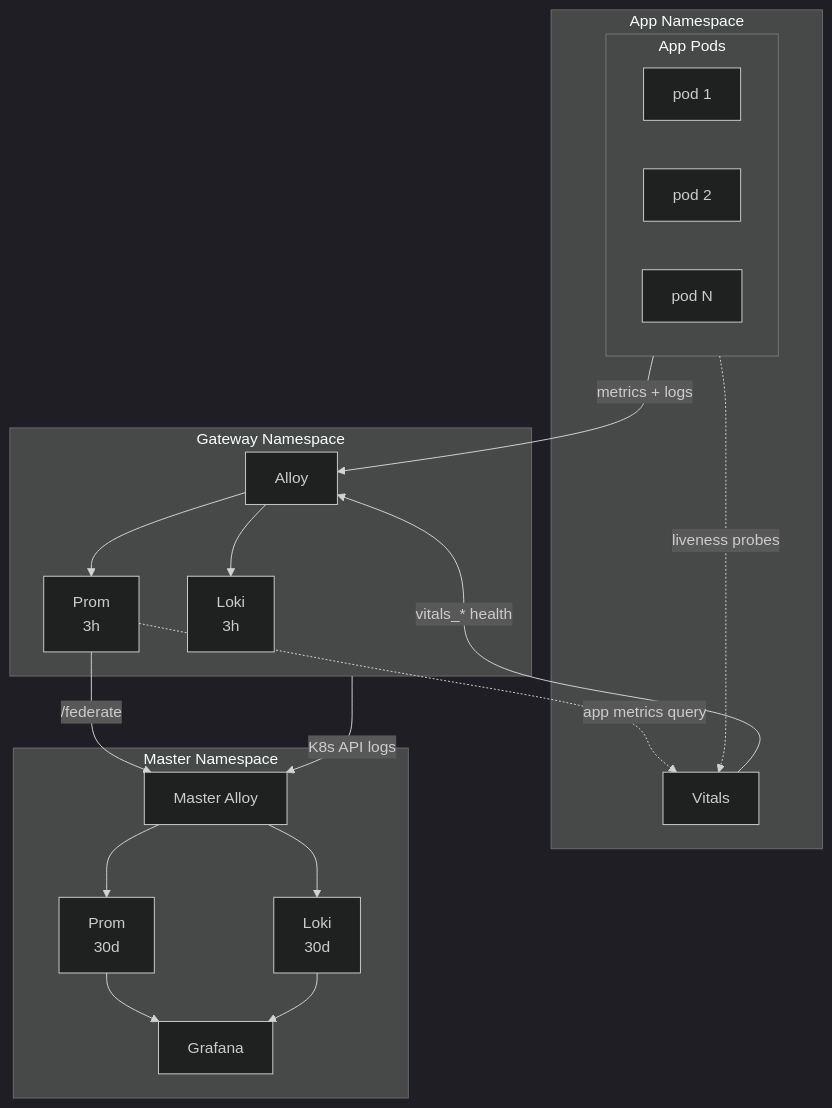
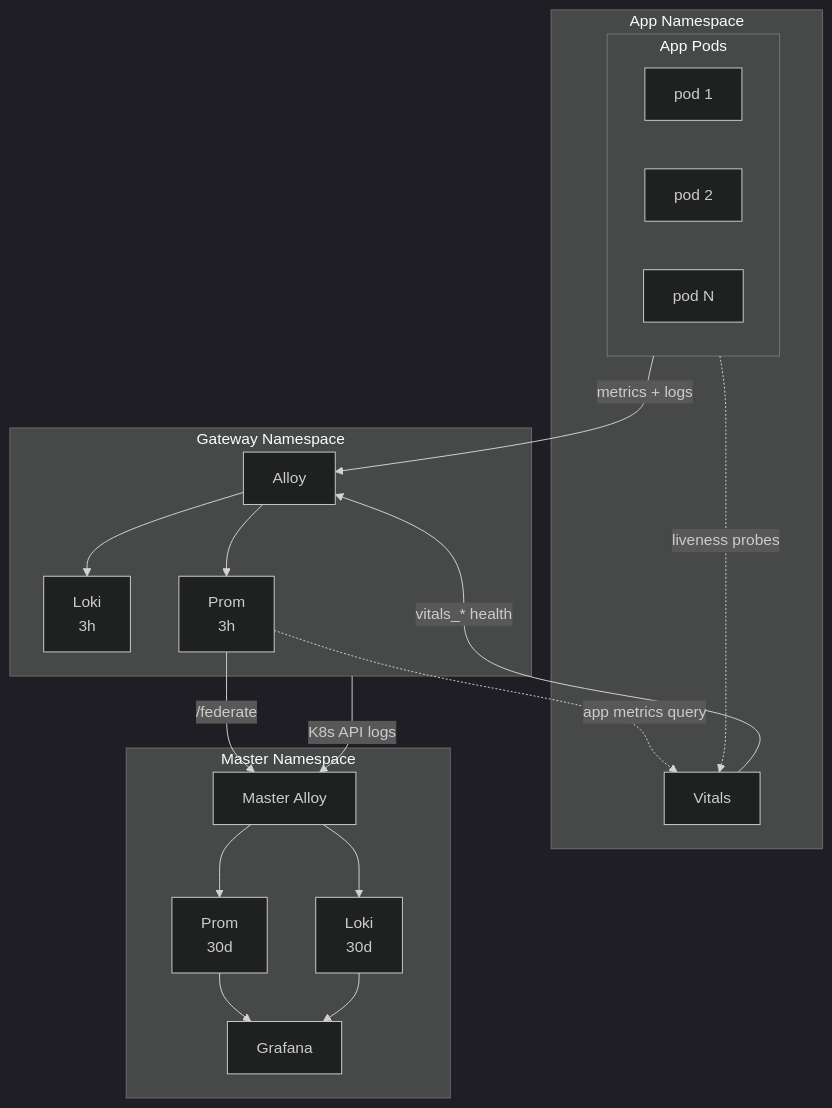
The second of 2 diagrams in docs/reference/patterns/observability-contract.md (Kord96/kordinate), drawn with Mermaid (dark theme) before and after one commit. The commit also changed other lines of this file, not shown here.

Commit message:
docs: swap Prom/Loki order so Prom→Vitals connection is clearer [scribe]

````diff
--- a/docs/reference/patterns/observability-contract.md
+++ b/docs/reference/patterns/observability-contract.md
@@ -148,26 +148,26 @@
 ```mermaid
 flowchart TB
     subgraph ns[App Namespace]
         subgraph pods[App Pods]
             P1[pod 1] & P2[pod 2] & PN[pod N]
         end
         VIT[Vitals]
     end
 
     subgraph gw[Gateway Namespace]
-        AL[Alloy] --> PR[Prom<br/>3h] & LK[Loki<br/>3h]
+        AL[Alloy] --> LK[Loki<br/>3h] & PR[Prom<br/>3h]
     end
 
     pods -->|metrics + logs| AL
     VIT -->|vitals_* health| AL
     PR -.->|app metrics query| VIT
     pods -.->|liveness probes| VIT
 
     subgraph master[Master Namespace]
         MA[Master Alloy] --> MP[Prom<br/>30d] & ML[Loki<br/>30d]
         MP & ML --> G[Grafana]
     end
 
     PR -->|/federate| MA
     gw -->|K8s API logs| MA
 ```
````
